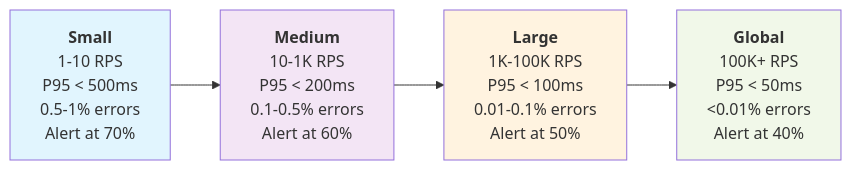
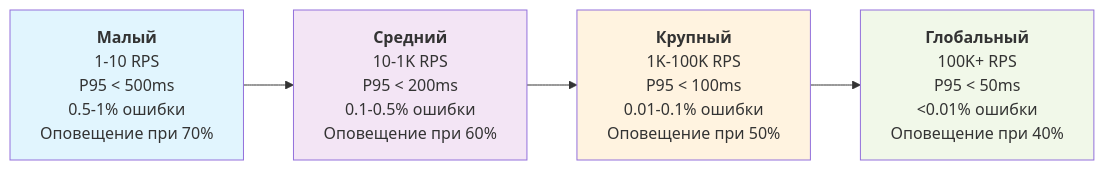
One commit to razkevich/system_design_course changed the diagram in 6_fault_tolerance/observability_and_sre_ru.md. Above: the diagram before and after it, drawn with Mermaid. The commit also changed 7 other files, not shown here.

````diff
--- a/6_fault_tolerance/observability_and_sre_ru.md
+++ b/6_fault_tolerance/observability_and_sre_ru.md
@@ -31,17 +31,17 @@
 ```mermaid
 graph LR
-    A[<b>Small</b><br/>1-10 RPS<br/>P95 < 500ms<br/>0.5-1% errors<br/>Alert at 70%] 
+    A["<b>Малый</b><br/>1-10 RPS<br/>P95 < 500ms<br/>0.5-1% ошибки<br/>Оповещение при 70%"] 
     
-    B[<b>Medium</b><br/>10-1K RPS<br/>P95 < 200ms<br/>0.1-0.5% errors<br/>Alert at 60%]
+    B["<b>Средний</b><br/>10-1K RPS<br/>P95 < 200ms<br/>0.1-0.5% ошибки<br/>Оповещение при 60%"]
     
-    C[<b>Large</b><br/>1K-100K RPS<br/>P95 < 100ms<br/>0.01-0.1% errors<br/>Alert at 50%]
+    C["<b>Крупный</b><br/>1K-100K RPS<br/>P95 < 100ms<br/>0.01-0.1% ошибки<br/>Оповещение при 50%"]
     
-    D[<b>Global</b><br/>100K+ RPS<br/>P95 < 50ms<br/>&lt;0.01% errors<br/>Alert at 40%]
+    D["<b>Глобальный</b><br/>100K+ RPS<br/>P95 < 50ms<br/>&lt;0.01% ошибки<br/>Оповещение при 40%"]
     
     A --> B --> C --> D
     
     style A fill:#e1f5fe
     style B fill:#f3e5f5
     style C fill:#fff3e0
     style D fill:#f1f8e9
 ```
````
